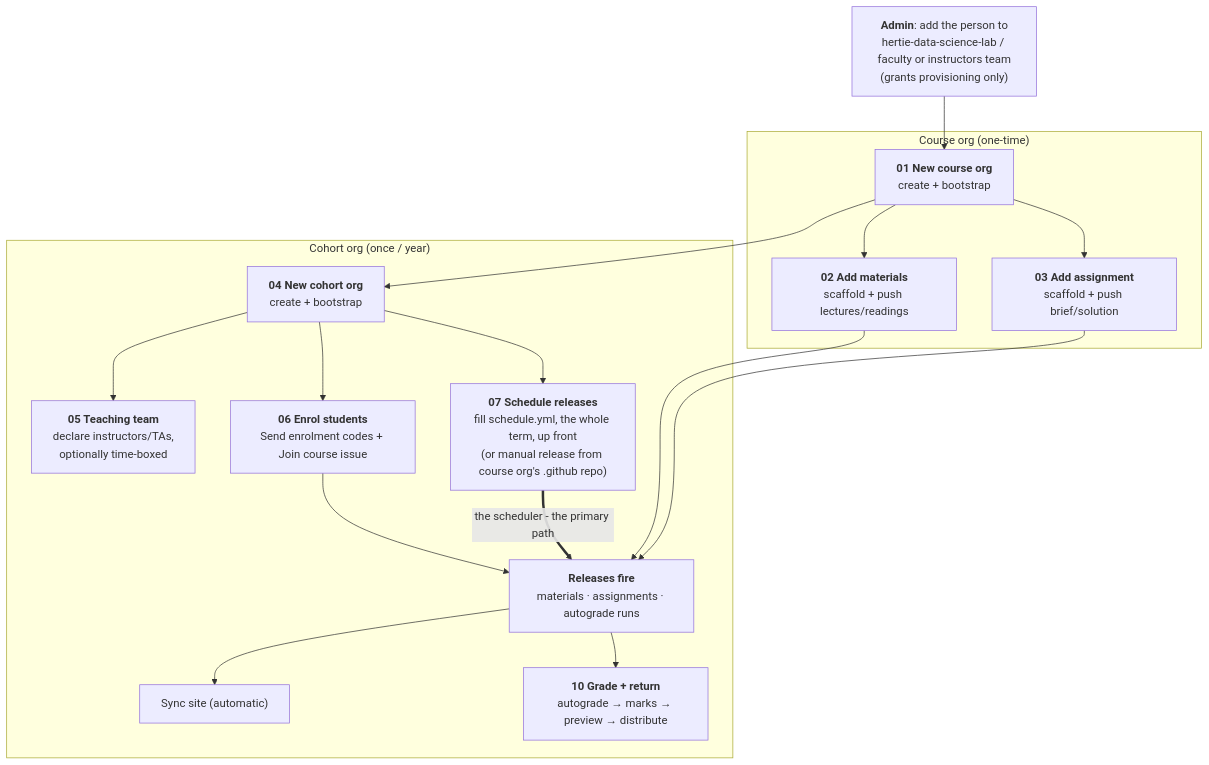
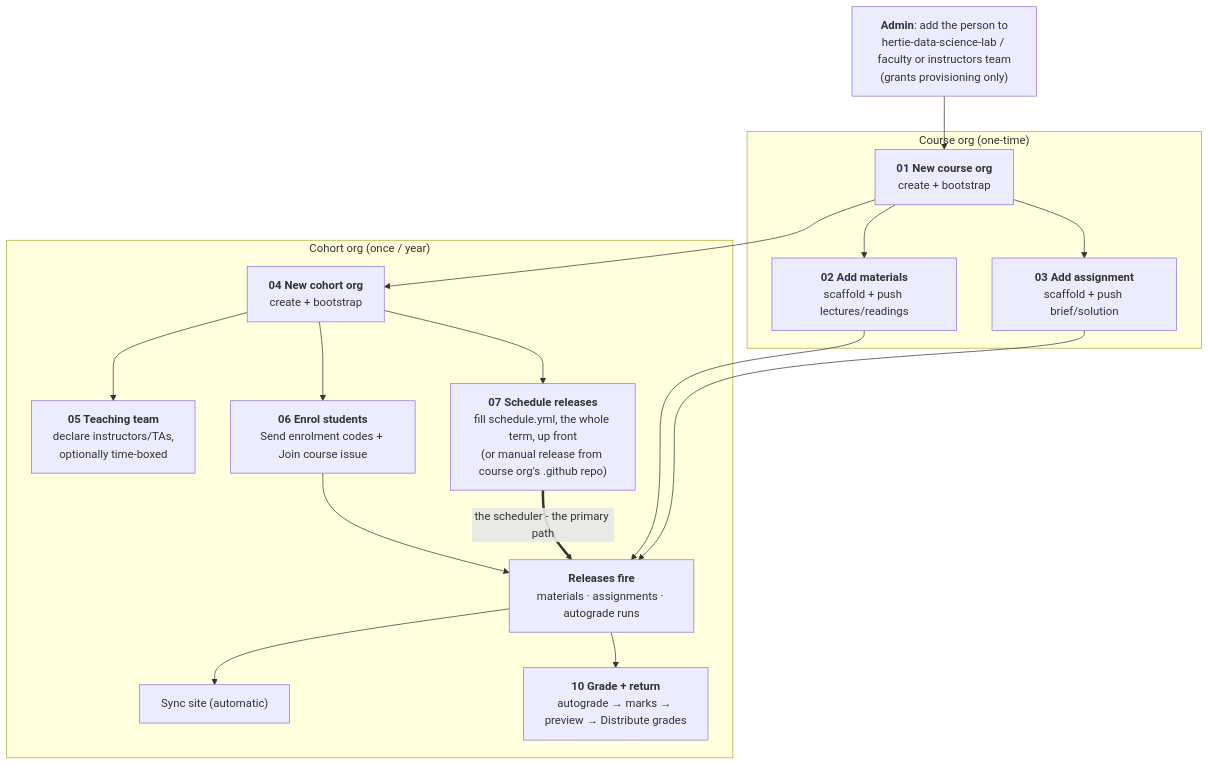
Before and after one commit to hertie-data-science-lab/dsl-teaching-toolkit: the diagram in docs/README.md, drawn with Mermaid. The commit also changed 11 other files, not shown here.

````diff
--- a/docs/README.md
+++ b/docs/README.md
@@ -17,46 +17,46 @@
 ```mermaid
 flowchart TD
   A["`**Admin**: add the person to
 hertie-data-science-lab / faculty or instructors team
 (grants provisioning only)`"] --> B
 
   subgraph COURSE["Course org (one-time)"]
     B["`**01 New course org**
 create + bootstrap`"]
     C["`**02 Add materials**
 scaffold + push lectures/readings`"]
     D["`**03 Add assignment**
 scaffold + push brief/solution`"]
     B --> C
     B --> D
   end
 
   subgraph COHORT["Cohort org (once / year)"]
     E["`**04 New cohort org**
 create + bootstrap`"]
     T["`**05 Teaching team**
 declare instructors/TAs,
 optionally time-boxed`"]
     F["`**06 Enrol students**
 Send enrolment codes + Join course issue`"]
     S["`**07 Schedule releases**
 fill schedule.yml, the whole term, up front
 (or manual release from course org's .github repo)`"]
     G["`**Releases fire**
 materials · assignments · autograde runs`"]
     I["Sync site (automatic)"]
     J["`**10 Grade + return**
-autograde → marks → preview → distribute`"]
+autograde → marks → preview → Distribute grades`"]
     E --> T
     E --> F
     E --> S
     F --> G
     S ==>|"the scheduler - the primary path"| G
     G --> I
     G --> J
   end
 
   B --> E
   C --> G
   D --> G
 ```
````
